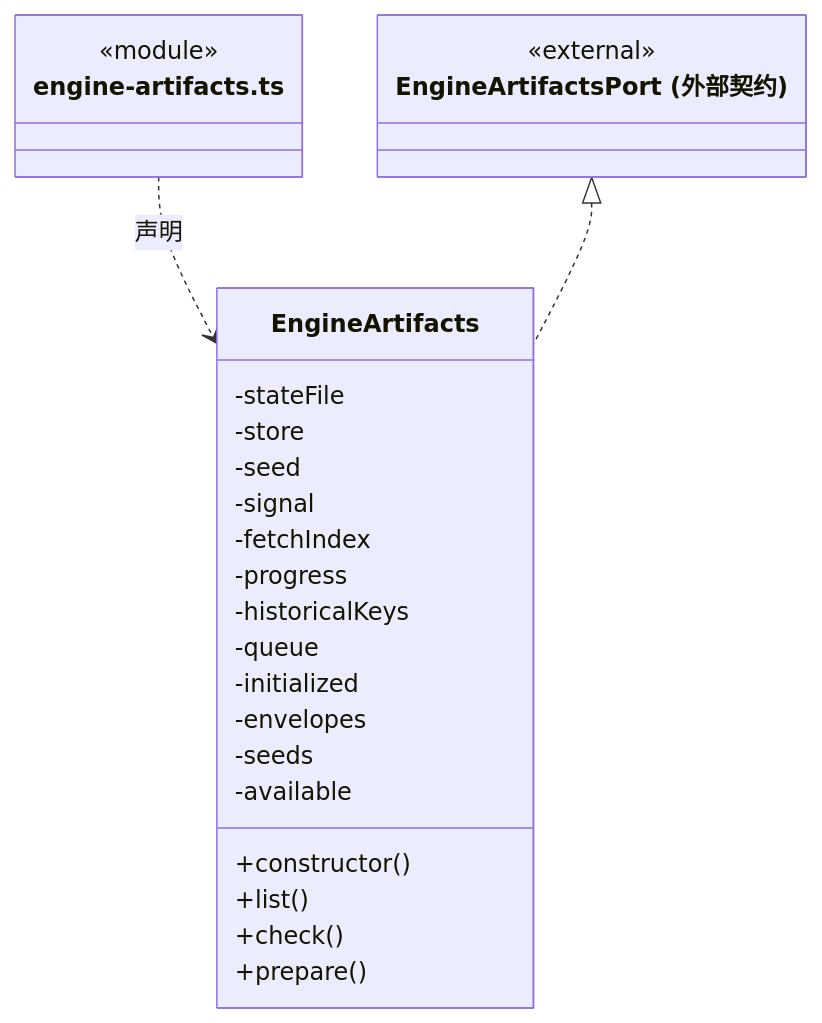
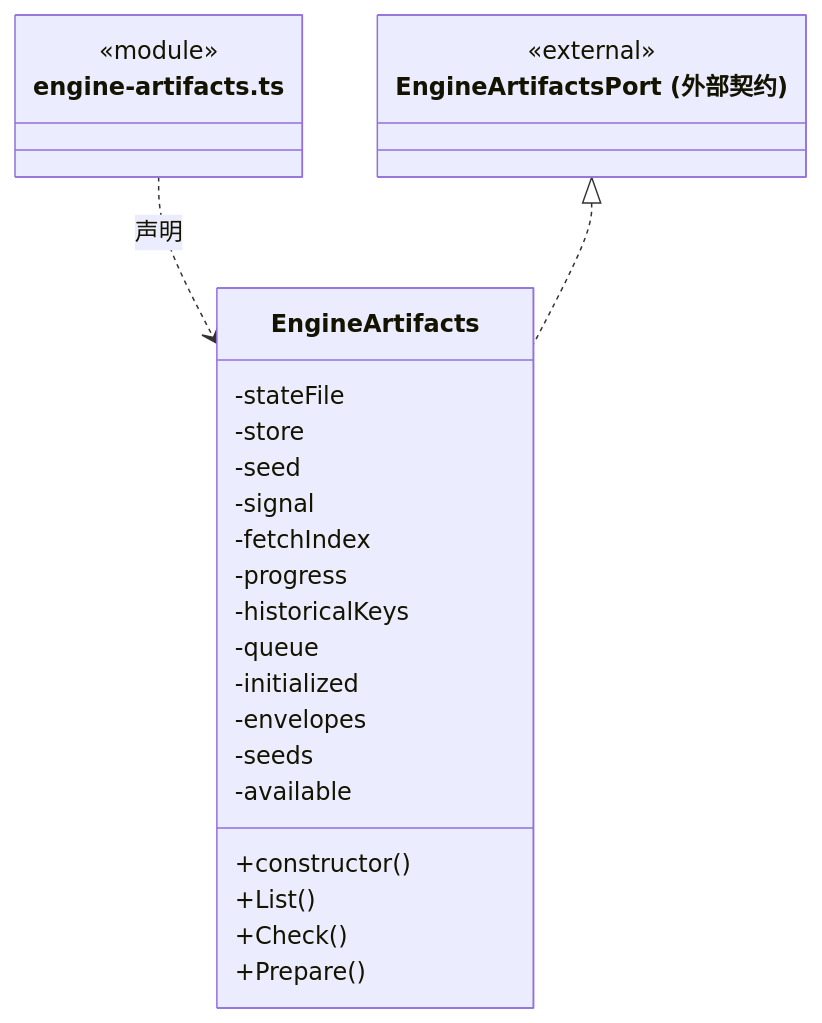
One commit to nan023062/cbim changed the fourth of 28 diagrams in src/logic/updates/service/ARCHITECTURE.md. Above: the diagram before and after it, drawn with Mermaid. The commit also changed other lines of this file and 1035 other files, not shown here.

````diff
--- a/src/logic/updates/service/ARCHITECTURE.md
+++ b/src/logic/updates/service/ARCHITECTURE.md
@@ -111,29 +111,29 @@
 ```mermaid
 classDiagram
 class N_src_logic_updates_service_engine_artifacts_ts["engine-artifacts.ts"] {
   <<module>>
 }
 class N_src_logic_updates_service_engine_artifacts_ts_EngineArtifacts["EngineArtifacts"] {
   +constructor()
-  +list()
-  +check()
-  +prepare()
+  +List()
+  +Check()
+  +Prepare()
   -stateFile
   -store
   -seed
   -signal
   -fetchIndex
   -progress
   -historicalKeys
   -queue
   -initialized
   -envelopes
   -seeds
   -available
 }
 N_src_logic_updates_service_engine_artifacts_ts ..> N_src_logic_updates_service_engine_artifacts_ts_EngineArtifacts : 声明
 class N_src_logic_updates_service_engine_artifacts_ts_external_EngineArtifactsPort["EngineArtifactsPort (外部契约)"] {
   <<external>>
 }
 N_src_logic_updates_service_engine_artifacts_ts_external_EngineArtifactsPort <|.. N_src_logic_updates_service_engine_artifacts_ts_EngineArtifacts
 ```
````
